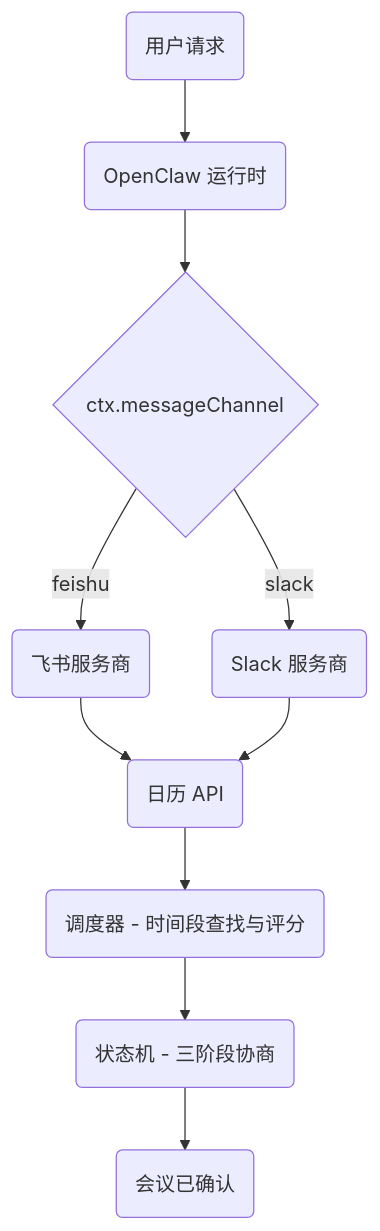
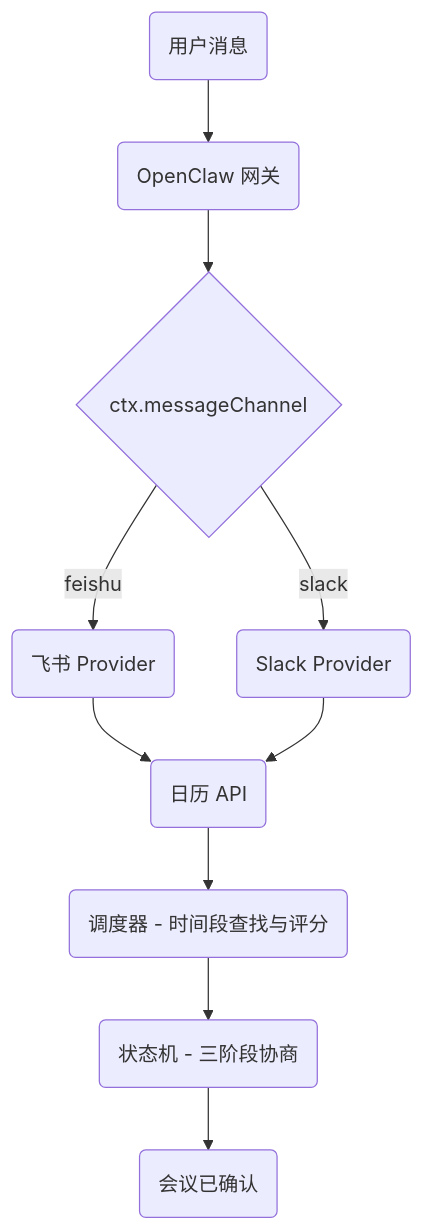
One commit to javana3/claw_meeting_all changed the first of 7 diagrams in README.zh-CN.md. Above: the diagram before and after it, drawn with Mermaid. The commit also changed other lines of this file and 4 other files, not shown here.

````diff
--- a/README.zh-CN.md
+++ b/README.zh-CN.md
@@ -23,12 +25,12 @@
 ```mermaid
 graph TD
-    A(用户请求) --> B(OpenClaw 运行时)
+    A(用户消息) --> B(OpenClaw 网关)
     B --> C{ctx.messageChannel}
-    C -->|feishu| D(飞书服务商)
-    C -->|slack| E(Slack 服务商)
+    C -->|feishu| D(飞书 Provider)
+    C -->|slack| E(Slack Provider)
     D --> F(日历 API)
     E --> F
     F --> G(调度器 - 时间段查找与评分)
     G --> H(状态机 - 三阶段协商)
     H --> I(会议已确认)
 ```
````
